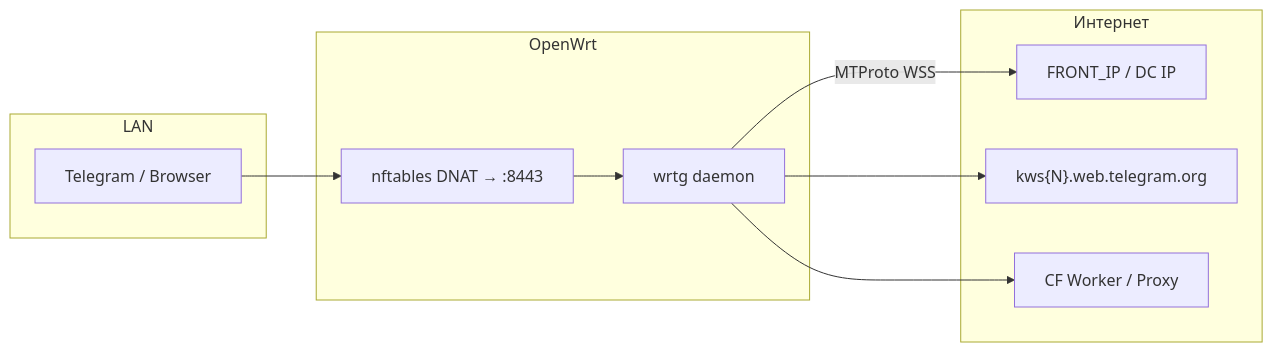
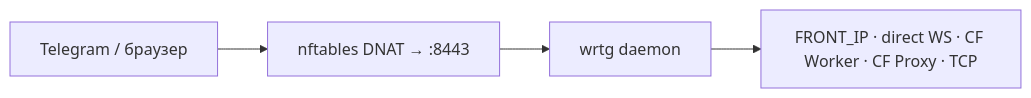
Before and after one commit to onebany/wrtg: the first of 2 diagrams in docs/GUIDE.md, drawn with Mermaid. The commit also changed other lines of this file and 15 other files, not shown here.

````diff
--- a/docs/GUIDE.md
+++ b/docs/GUIDE.md
@@ -22,19 +40,6 @@
 ```mermaid
 flowchart LR
-    subgraph LAN["LAN"]
-        Client["Telegram / Browser"]
-    end
-    subgraph Router["OpenWrt"]
-        NFT["nftables DNAT → :8443"]
-        WRTG["wrtg daemon"]
-    end
-    subgraph Net["Интернет"]
-        Front["FRONT_IP / DC IP"]
-        WS["kws{N}.web.telegram.org"]
-        CF["CF Worker / Proxy"]
-    end
-    Client --> NFT --> WRTG
-    WRTG -->|"MTProto WSS"| Front
-    WRTG --> WS
-    WRTG --> CF
+    Client["Telegram / браузер"] --> NFT["nftables DNAT → :8443"]
+    NFT --> WRTG["wrtg daemon"]
+    WRTG --> Net["FRONT_IP · direct WS · CF Worker · CF Proxy · TCP"]
 ```
````
